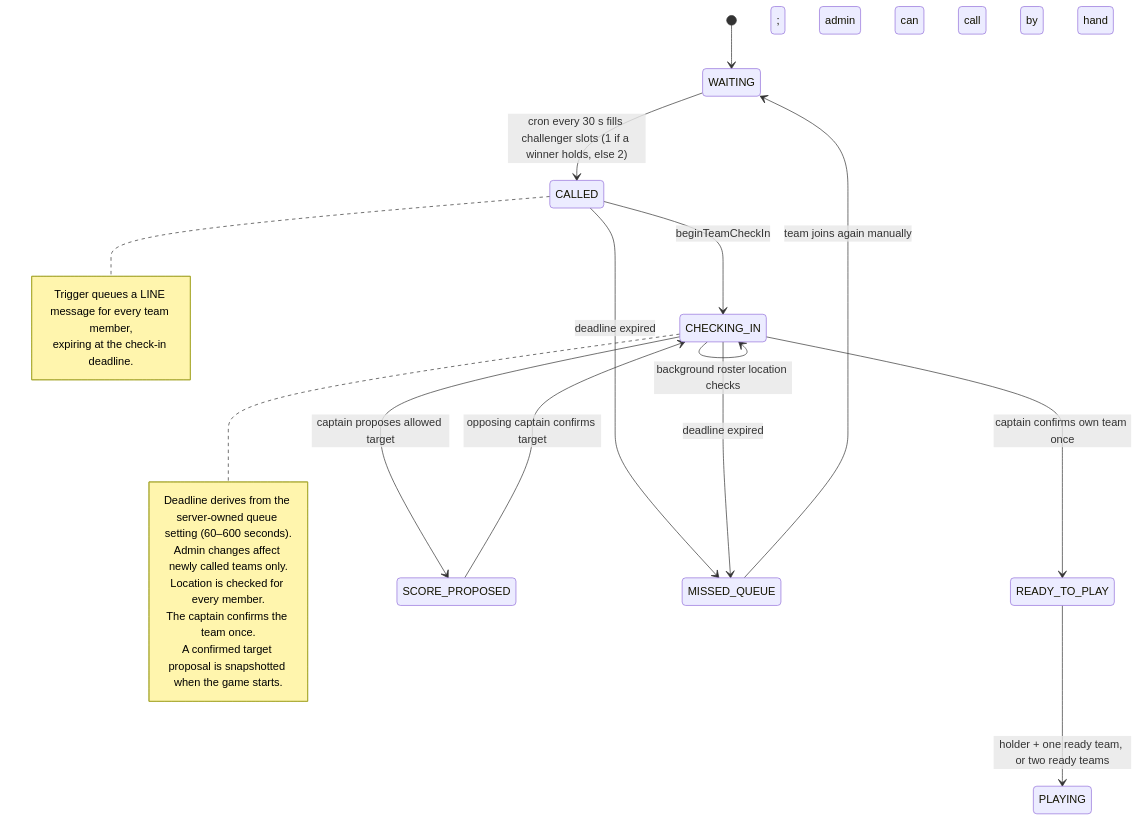
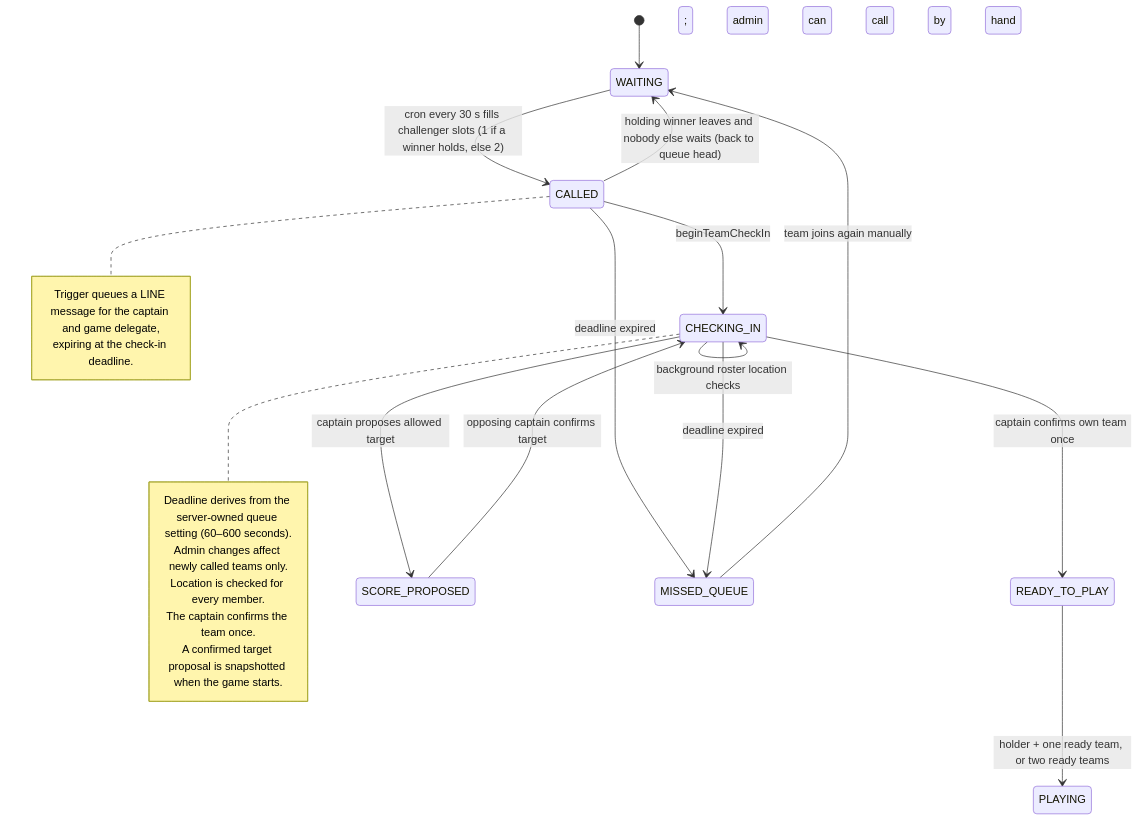
One commit to Nokpednam/MeQ-web-app changed the diagram in docs/diagrams/queue-checkin-flow.mmd. Above: the diagram before and after it, drawn with Mermaid. The commit also changed 18 other files, not shown here.

```diff
--- a/docs/diagrams/queue-checkin-flow.mmd
+++ b/docs/diagrams/queue-checkin-flow.mmd
@@ -1,24 +1,25 @@
 stateDiagram-v2
   [*] --> WAITING
   WAITING --> CALLED: cron every 30 s fills challenger slots (1 if a winner holds, else 2); admin can call by hand
   note right of CALLED
-    Trigger queues a LINE message for every team member,
+    Trigger queues a LINE message for the captain and game delegate,
     expiring at the check-in deadline.
   end note
   CALLED --> CHECKING_IN: beginTeamCheckIn
+  CALLED --> WAITING: holding winner leaves and nobody else waits (back to queue head)
   CHECKING_IN --> CHECKING_IN: background roster location checks
   CHECKING_IN --> READY_TO_PLAY: captain confirms own team once
   CHECKING_IN --> SCORE_PROPOSED: captain proposes allowed target
   SCORE_PROPOSED --> CHECKING_IN: opposing captain confirms target
   CALLED --> MISSED_QUEUE: deadline expired
   CHECKING_IN --> MISSED_QUEUE: deadline expired
   READY_TO_PLAY --> PLAYING: holder + one ready team, or two ready teams
   MISSED_QUEUE --> WAITING: team joins again manually
 
   note right of CHECKING_IN
     Deadline derives from the server-owned queue setting (60–600 seconds).
     Admin changes affect newly called teams only.
     Location is checked for every member.
     The captain confirms the team once.
     A confirmed target proposal is snapshotted when the game starts.
   end note
```
